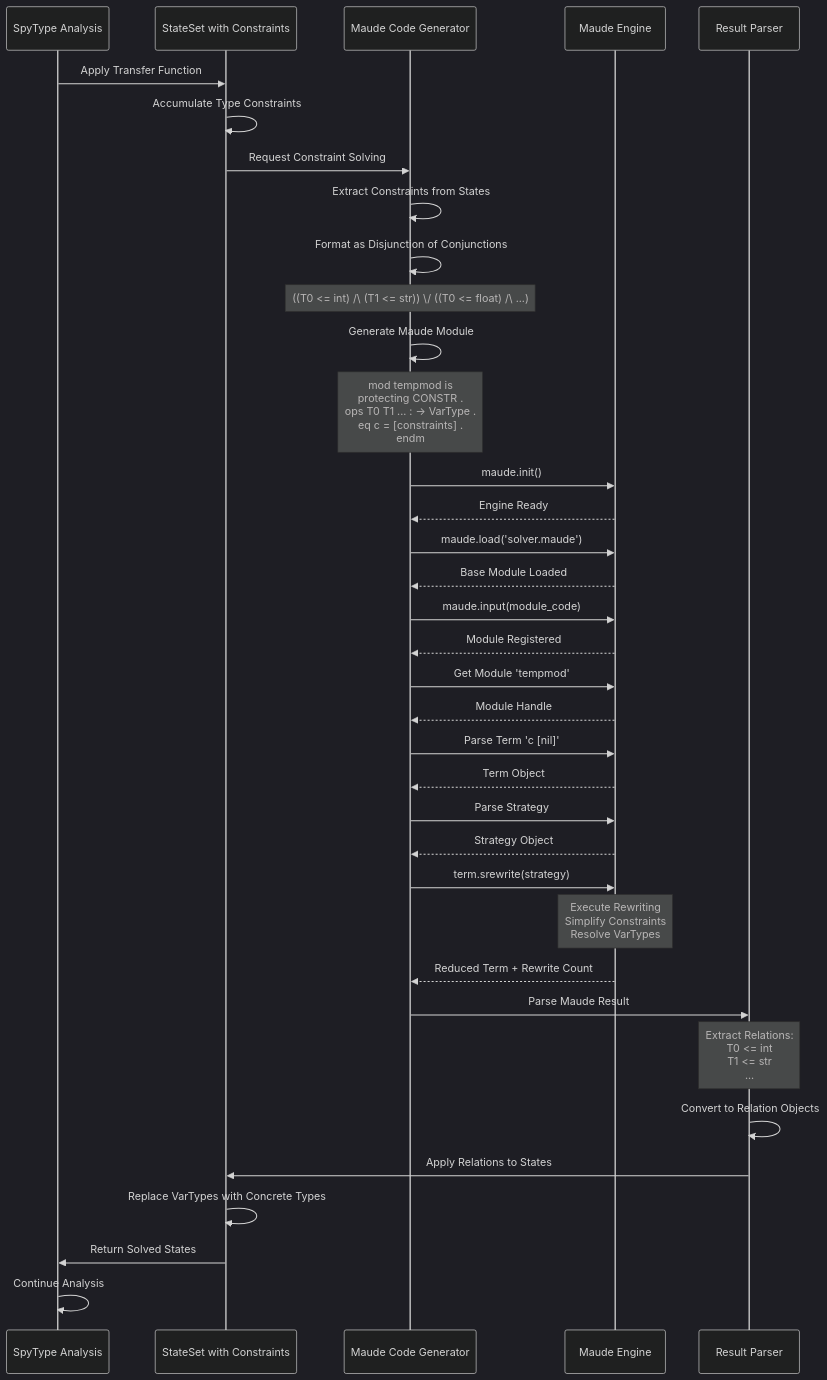
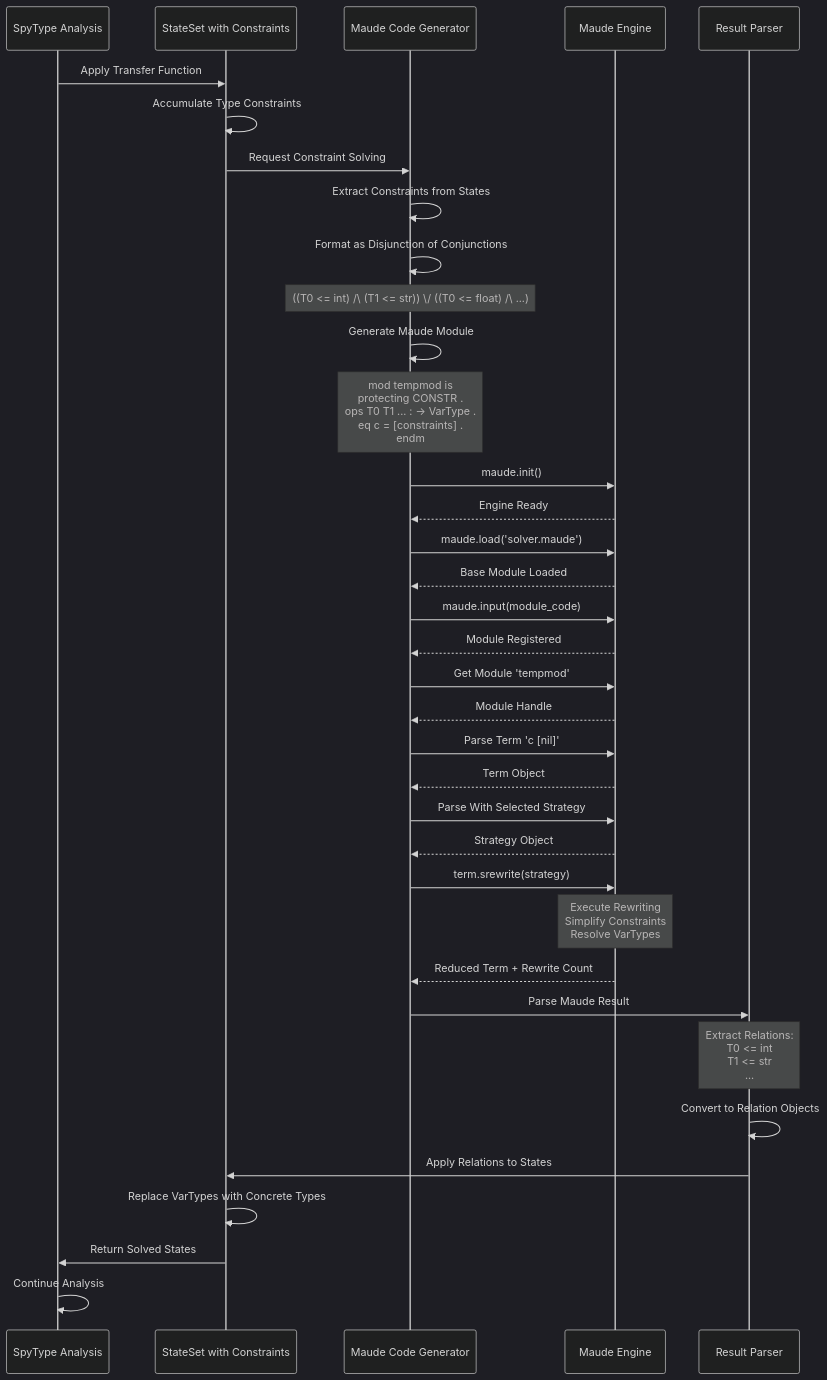
The second of 2 diagrams in ARCHITECTURE_DIAGRAMS.md (andreinaku/SpyType), drawn with Mermaid (dark theme) before and after one commit.

Commit message:
minor name fix

````diff
--- a/ARCHITECTURE_DIAGRAMS.md
+++ b/ARCHITECTURE_DIAGRAMS.md
@@ -96,51 +96,51 @@
 ```mermaid
 sequenceDiagram
     participant SpyType as SpyType Analysis
     participant StateSet as StateSet with Constraints
     participant Generator as Maude Code Generator
     participant Maude as Maude Engine
     participant Parser as Result Parser
     
     SpyType->>StateSet: Apply Transfer Function
     StateSet->>StateSet: Accumulate Type Constraints
     StateSet->>Generator: Request Constraint Solving
     
     Generator->>Generator: Extract Constraints from States
     Generator->>Generator: Format as Disjunction of Conjunctions
     Note over Generator: ((T0 <= int) /\ (T1 <= str)) \/ ((T0 <= float) /\ ...)
     
     Generator->>Generator: Generate Maude Module
     Note over Generator: mod tempmod is<br/>  protecting CONSTR .<br/>  ops T0 T1 ... : -> VarType .<br/>  eq c = [constraints] .<br/>endm
     
     Generator->>Maude: maude.init()
     Maude-->>Generator: Engine Ready
     
     Generator->>Maude: maude.load('solver.maude')
     Maude-->>Generator: Base Module Loaded
     
     Generator->>Maude: maude.input(module_code)
     Maude-->>Generator: Module Registered
     
     Generator->>Maude: Get Module 'tempmod'
     Maude-->>Generator: Module Handle
     
     Generator->>Maude: Parse Term 'c [nil]'
     Maude-->>Generator: Term Object
     
-    Generator->>Maude: Parse Strategy
+    Generator->>Maude: Parse With Selected Strategy
     Maude-->>Generator: Strategy Object
     
     Generator->>Maude: term.srewrite(strategy)
     Note over Maude: Execute Rewriting<br/>Simplify Constraints<br/>Resolve VarTypes
     Maude-->>Generator: Reduced Term + Rewrite Count
     
     Generator->>Parser: Parse Maude Result
     Note over Parser: Extract Relations:<br/>T0 <= int<br/>T1 <= str<br/>...
     Parser->>Parser: Convert to Relation Objects
     
     Parser->>StateSet: Apply Relations to States
     StateSet->>StateSet: Replace VarTypes with Concrete Types
     StateSet->>SpyType: Return Solved States
     
     SpyType->>SpyType: Continue Analysis
 ```
````
